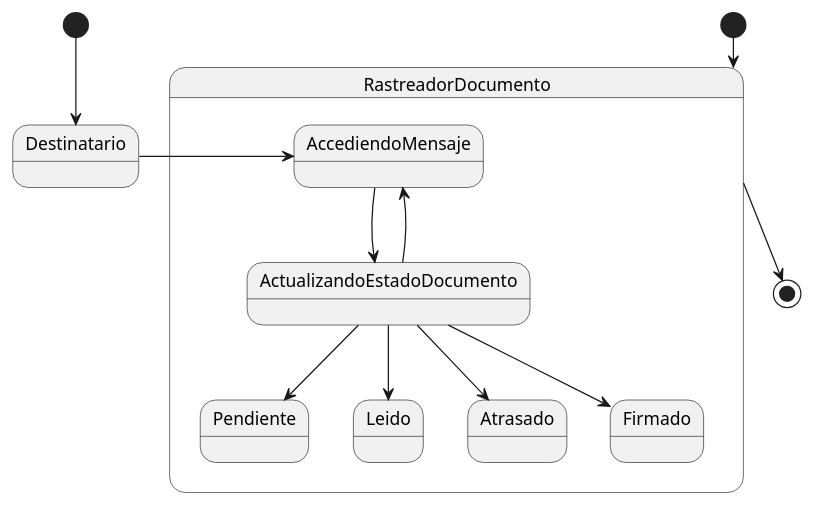
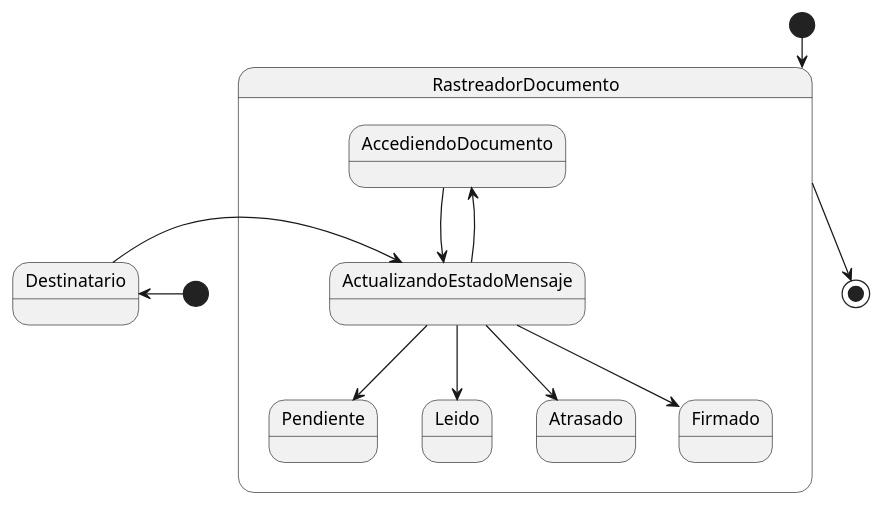
Before and after one commit to mmasias/24-25-IdSw1-SDR: the diagram in docs/modeloDeDominio/diagramaDeEstados/TerceraIteracion/Rastreador documento/diagrama_de_estado_rastreador_documento.puml, drawn with PlantUML. The commit also changed 1 other file, not shown here.

Commit message:
Ajustes diagrama estado rastreador documento

```diff
--- a/docs/modeloDeDominio/diagramaDeEstados/TerceraIteracion/Rastreador documento/diagrama_de_estado_rastreador_documento.puml
+++ b/docs/modeloDeDominio/diagramaDeEstados/TerceraIteracion/Rastreador documento/diagrama_de_estado_rastreador_documento.puml
@@ -1,23 +1,23 @@
 @startuml
 
 [*] --> RastreadorDocumento
 
 state Destinatario
 state startDestinatario  <<start>>
-startDestinatario --> Destinatario
+startDestinatario -l-> Destinatario
 
 state RastreadorDocumento {
   
-  AccediendoMensaje --> ActualizandoEstadoDocumento
-  ActualizandoEstadoDocumento --> AccediendoMensaje
+  ActualizandoEstadoMensaje --> AccediendoDocumento
+  AccediendoDocumento -r-> ActualizandoEstadoMensaje
   
-  ActualizandoEstadoDocumento --> Pendiente
-  ActualizandoEstadoDocumento --> Leido
-  ActualizandoEstadoDocumento --> Atrasado
-  ActualizandoEstadoDocumento --> Firmado
+  ActualizandoEstadoMensaje --> Pendiente
+  ActualizandoEstadoMensaje --> Leido
+  ActualizandoEstadoMensaje --> Atrasado
+  ActualizandoEstadoMensaje --> Firmado
 }
 
-Destinatario -r-> AccediendoMensaje
+Destinatario -r-> ActualizandoEstadoMensaje
 
 RastreadorDocumento -d-> [*]
 @enduml
```
